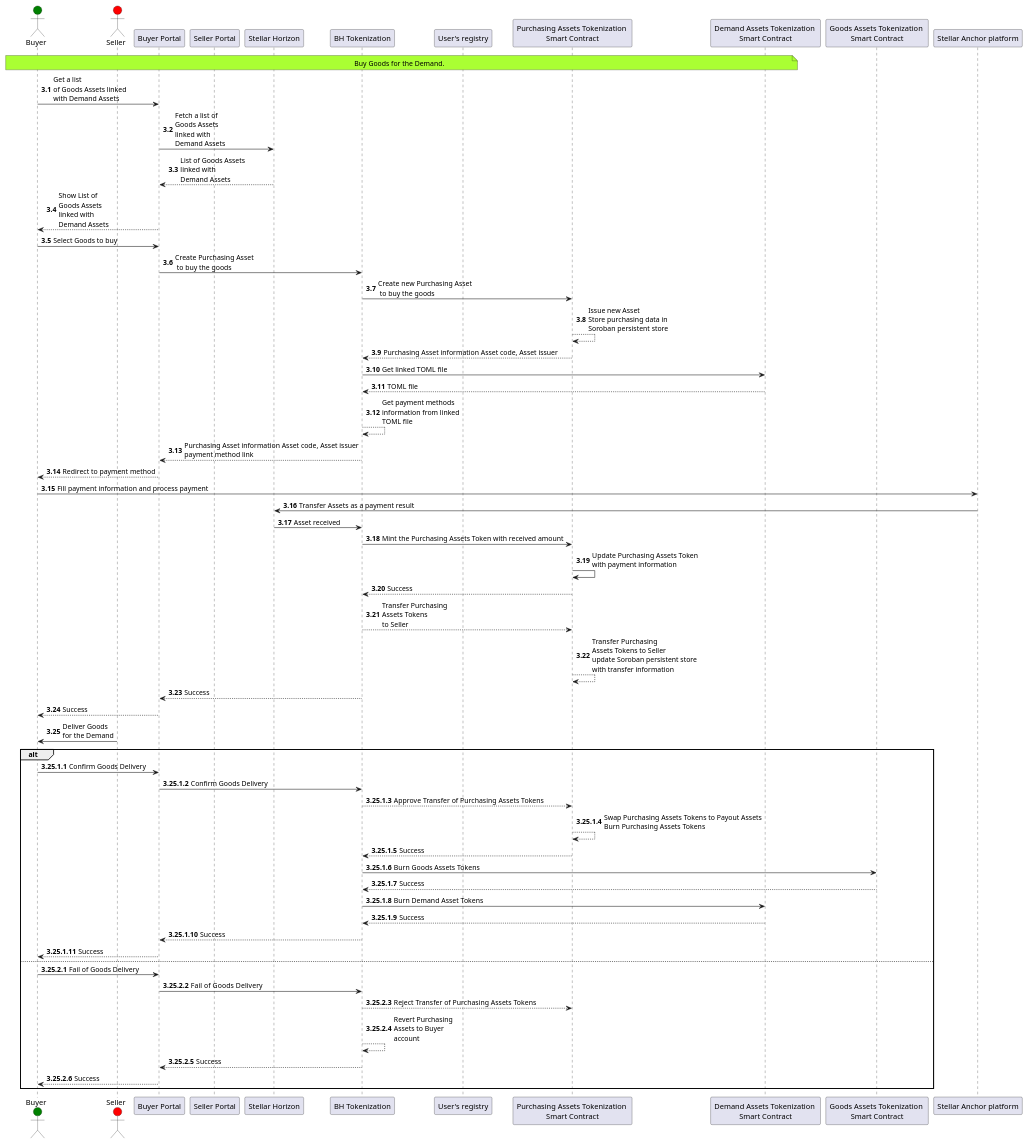
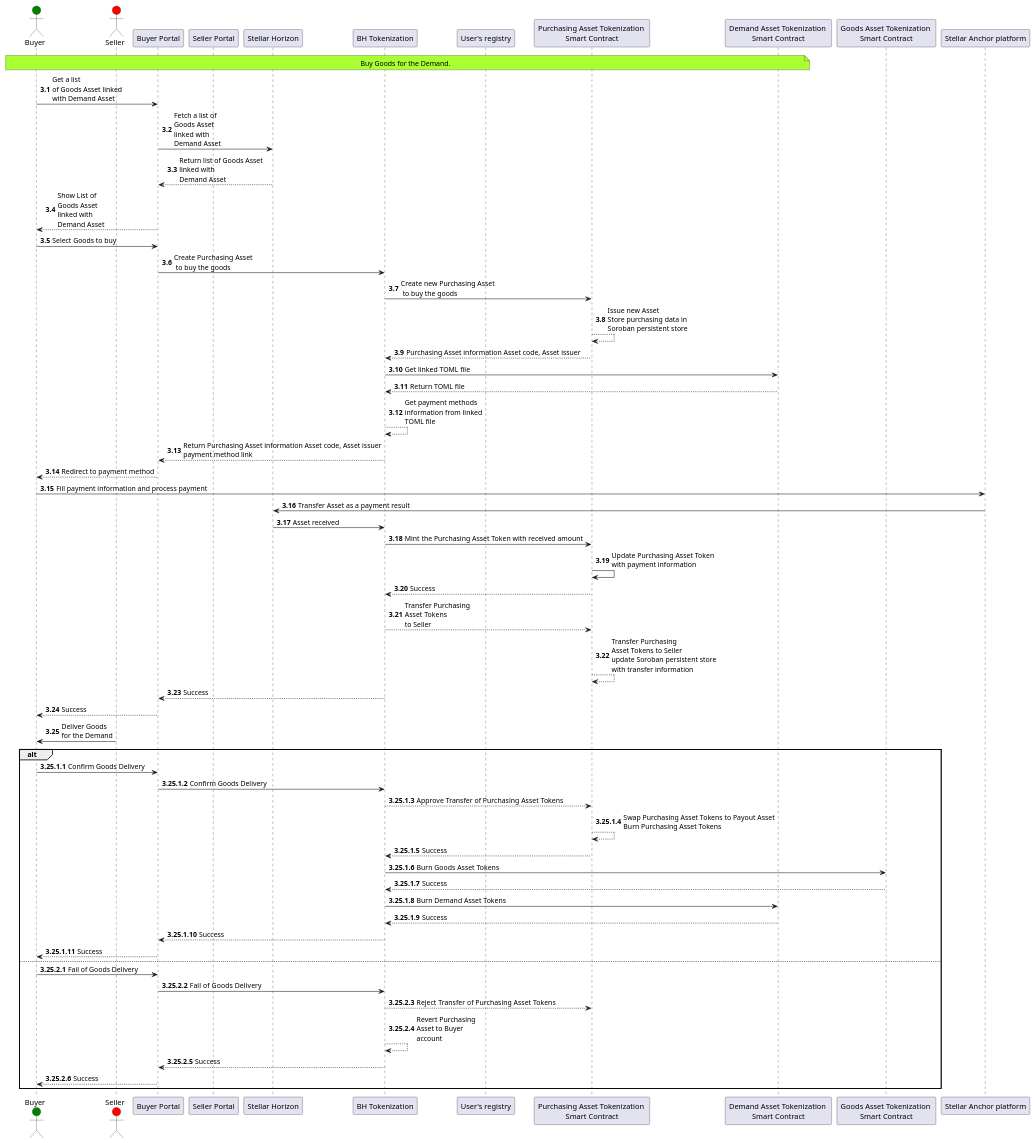
The diagram in uml/BHTokenization_sequence_3.puml (TatarinovIgor/birdhouse-contract), drawn with PlantUML before and after one commit. The commit also changed 7 other files, not shown here.

Commit message:
fixes for diagrams

```diff
--- a/uml/BHTokenization_sequence_3.puml
+++ b/uml/BHTokenization_sequence_3.puml
@@ -1,73 +1,73 @@
 @startuml
 'https://plantuml.com/sequence-diagram
 
 autonumber
 
 actor Buyer as Buyer #green
 actor "Seller" as Seller #red
 
 participant "Buyer Portal" as SystemD
 participant "Seller Portal" as SystemS
 
 participant "Stellar Horizon" as Stellar
 
 participant "BH Tokenization" as Tokenizer
 participant "User's registry" as Registry
 
-participant "Purchasing Assets Tokenization \nSmart Contract" as ContractP
-participant "Demand Assets Tokenization \nSmart Contract" as ContractD
-participant "Goods Assets Tokenization \nSmart Contract" as ContractG
+participant "Purchasing Asset Tokenization \nSmart Contract" as ContractP
+participant "Demand Asset Tokenization \nSmart Contract" as ContractD
+participant "Goods Asset Tokenization \nSmart Contract" as ContractG
 participant "Stellar Anchor platform" as Anchor
 
 
 note over Buyer, ContractD #AAFF33: Buy Goods for the Demand.
 autonumber 3.1
-Buyer -> SystemD : Get a list\nof Goods Assets linked\nwith Demand Assets
-SystemD -> Stellar : Fetch a list of\nGoods Assets\nlinked with\nDemand Assets
-Stellar --> SystemD : List of Goods Assets\nlinked with\nDemand Assets
-SystemD --> Buyer : Show List of\nGoods Assets\nlinked with\nDemand Assets
+Buyer -> SystemD : Get a list\nof Goods Asset linked\nwith Demand Asset
+SystemD -> Stellar : Fetch a list of\nGoods Asset\nlinked with\nDemand Asset
+Stellar --> SystemD : Return list of Goods Asset\nlinked with\nDemand Asset
+SystemD --> Buyer : Show List of\nGoods Asset\nlinked with\nDemand Asset
 Buyer -> SystemD : Select Goods to buy
 SystemD -> Tokenizer : Create Purchasing Asset\n to buy the goods
 Tokenizer -> ContractP : Create new Purchasing Asset\n to buy the goods
 ContractP --> ContractP : Issue new Asset\nStore purchasing data in\nSoroban persistent store
 ContractP --> Tokenizer : Purchasing Asset information Asset code, Asset issuer
 Tokenizer -> ContractD : Get linked TOML file
-ContractD --> Tokenizer : TOML file
+ContractD --> Tokenizer : Return TOML file
 Tokenizer --> Tokenizer : Get payment methods\ninformation from linked\nTOML file
-Tokenizer --> SystemD : Purchasing Asset information Asset code, Asset issuer\npayment method link
+Tokenizer --> SystemD : Return Purchasing Asset information Asset code, Asset issuer\npayment method link
 SystemD --> Buyer : Redirect to payment method
 Buyer -> Anchor : Fill payment information and process payment
-Anchor -> Stellar : Transfer Assets as a payment result
+Anchor -> Stellar : Transfer Asset as a payment result
 Stellar -> Tokenizer : Asset received
-Tokenizer -> ContractP : Mint the Purchasing Assets Token with received amount
-ContractP -> ContractP : Update Purchasing Assets Token\nwith payment information
+Tokenizer -> ContractP : Mint the Purchasing Asset Token with received amount
+ContractP -> ContractP : Update Purchasing Asset Token\nwith payment information
 ContractP --> Tokenizer : Success
-Tokenizer --> ContractP : Transfer Purchasing\nAssets Tokens\nto Seller
-ContractP --> ContractP : Transfer Purchasing\nAssets Tokens to Seller\nupdate Soroban persistent store\nwith transfer information
+Tokenizer --> ContractP : Transfer Purchasing\nAsset Tokens\nto Seller
+ContractP --> ContractP : Transfer Purchasing\nAsset Tokens to Seller\nupdate Soroban persistent store\nwith transfer information
 Tokenizer --> SystemD : Success
 SystemD --> Buyer : Success
 Seller -> Buyer : Deliver Goods\nfor the Demand
 alt
 autonumber 3.25.1.1
 Buyer -> SystemD : Confirm Goods Delivery
 SystemD -> Tokenizer : Confirm Goods Delivery
-Tokenizer --> ContractP : Approve Transfer of Purchasing Assets Tokens
-ContractP --> ContractP : Swap Purchasing Assets Tokens to Payout Assets\nBurn Purchasing Assets Tokens
+Tokenizer --> ContractP : Approve Transfer of Purchasing Asset Tokens
+ContractP --> ContractP : Swap Purchasing Asset Tokens to Payout Asset\nBurn Purchasing Asset Tokens
 ContractP --> Tokenizer : Success
-Tokenizer -> ContractG : Burn Goods Assets Tokens
+Tokenizer -> ContractG : Burn Goods Asset Tokens
 ContractG --> Tokenizer : Success
 Tokenizer -> ContractD : Burn Demand Asset Tokens
 ContractD --> Tokenizer : Success
 Tokenizer --> SystemD : Success
 SystemD --> Buyer : Success
 else
 autonumber 3.25.2.1
 Buyer -> SystemD : Fail of Goods Delivery
 SystemD -> Tokenizer : Fail of  Goods Delivery
-Tokenizer --> ContractP : Reject Transfer of Purchasing Assets Tokens
-Tokenizer --> Tokenizer : Revert Purchasing\nAssets to Buyer\naccount
+Tokenizer --> ContractP : Reject Transfer of Purchasing Asset Tokens
+Tokenizer --> Tokenizer : Revert Purchasing\nAsset to Buyer\naccount
 Tokenizer --> SystemD : Success
 SystemD --> Buyer : Success
 end
 
 @enduml
```
